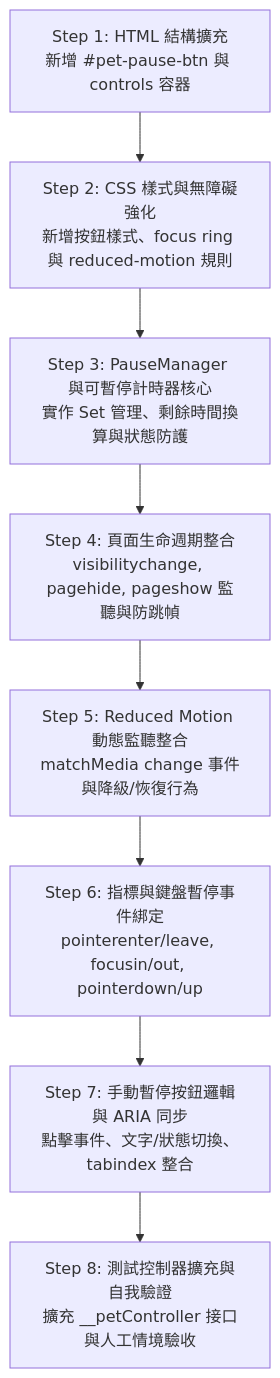
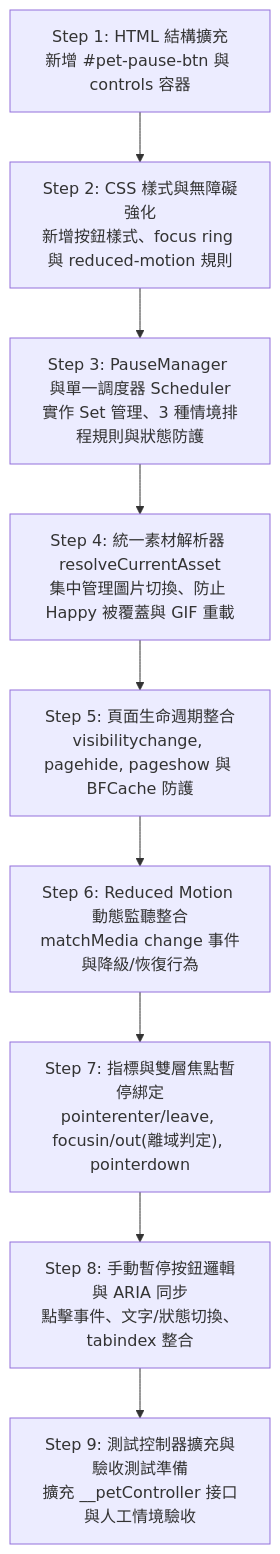
The second of 2 diagrams in docs/pr2-pet-06c-plan.md (emmakuo1019/Web), drawn with Mermaid before and after one commit. The commit also changed other lines of this file, not shown here.

Commit message:
docs(pet): revise PR2-PET-06C plan after review

````diff
--- a/docs/pr2-pet-06c-plan.md
+++ b/docs/pr2-pet-06c-plan.md
@@ -266,19 +317,21 @@
 ```mermaid
 flowchart TD
     Step1["Step 1: HTML 結構擴充<br/>新增 #pet-pause-btn 與 controls 容器"]
     Step2["Step 2: CSS 樣式與無障礙強化<br/>新增按鈕樣式、focus ring 與 reduced-motion 規則"]
-    Step3["Step 3: PauseManager 與可暫停計時器核心<br/>實作 Set 管理、剩餘時間換算與狀態防護"]
-    Step4["Step 4: 頁面生命週期整合<br/>visibilitychange, pagehide, pageshow 監聽與防跳幀"]
-    Step5["Step 5: Reduced Motion 動態監聽整合<br/>matchMedia change 事件與降級/恢復行為"]
-    Step6["Step 6: 指標與鍵盤暫停事件綁定<br/>pointerenter/leave, focusin/out, pointerdown/up"]
-    Step7["Step 7: 手動暫停按鈕邏輯與 ARIA 同步<br/>點擊事件、文字/狀態切換、tabindex 整合"]
-    Step8["Step 8: 測試控制器擴充與自我驗證<br/>擴充 __petController 接口與人工情境驗收"]
+    Step3["Step 3: PauseManager 與單一調度器 Scheduler<br/>實作 Set 管理、3 種情境排程規則與狀態防護"]
+    Step4["Step 4: 統一素材解析器 resolveCurrentAsset<br/>集中管理圖片切換、防止 Happy 被覆蓋與 GIF 重載"]
+    Step5["Step 5: 頁面生命週期整合<br/>visibilitychange, pagehide, pageshow 與 BFCache 防護"]
+    Step6["Step 6: Reduced Motion 動態監聽整合<br/>matchMedia change 事件與降級/恢復行為"]
+    Step7["Step 7: 指標與雙層焦點暫停綁定<br/>pointerenter/leave, focusin/out(離域判定), pointerdown"]
+    Step8["Step 8: 手動暫停按鈕邏輯與 ARIA 同步<br/>點擊事件、文字/狀態切換、tabindex 整合"]
+    Step9["Step 9: 測試控制器擴充與驗收測試準備<br/>擴充 __petController 接口與人工情境驗收"]
 
     Step1 --> Step2
     Step2 --> Step3
     Step3 --> Step4
     Step4 --> Step5
     Step5 --> Step6
     Step6 --> Step7
     Step7 --> Step8
+    Step8 --> Step9
 ```
````
